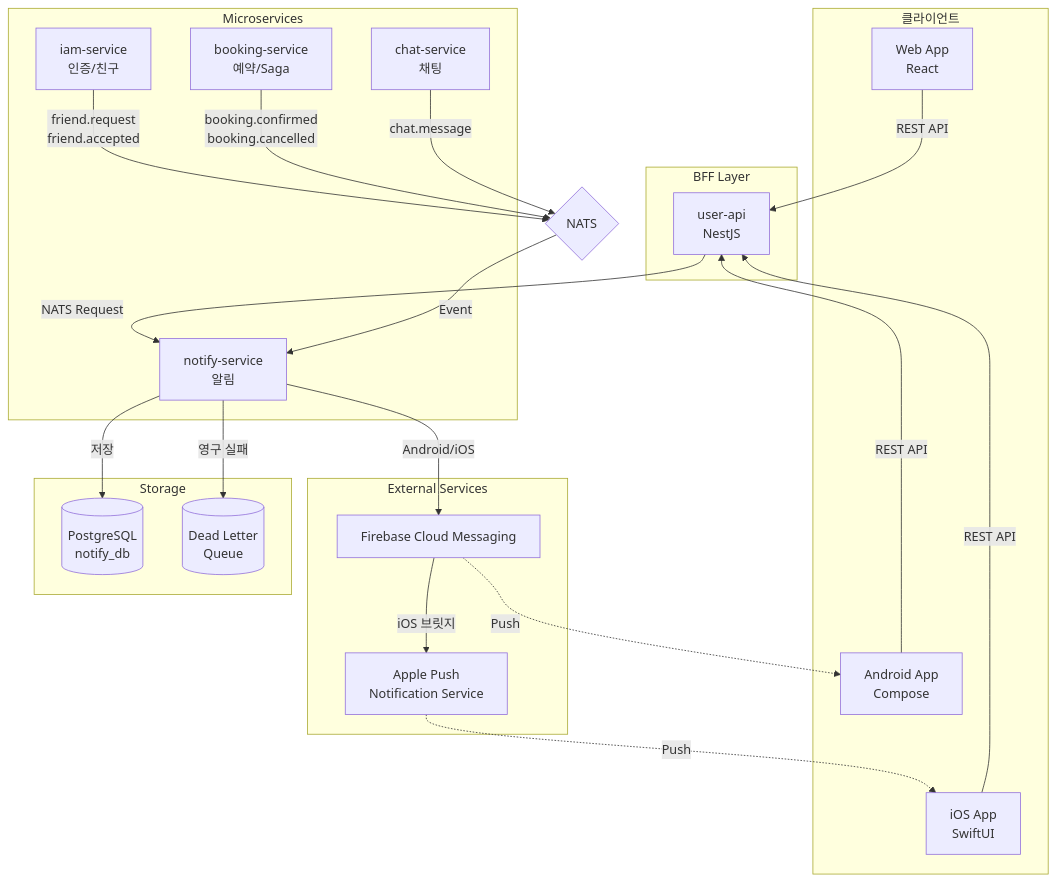
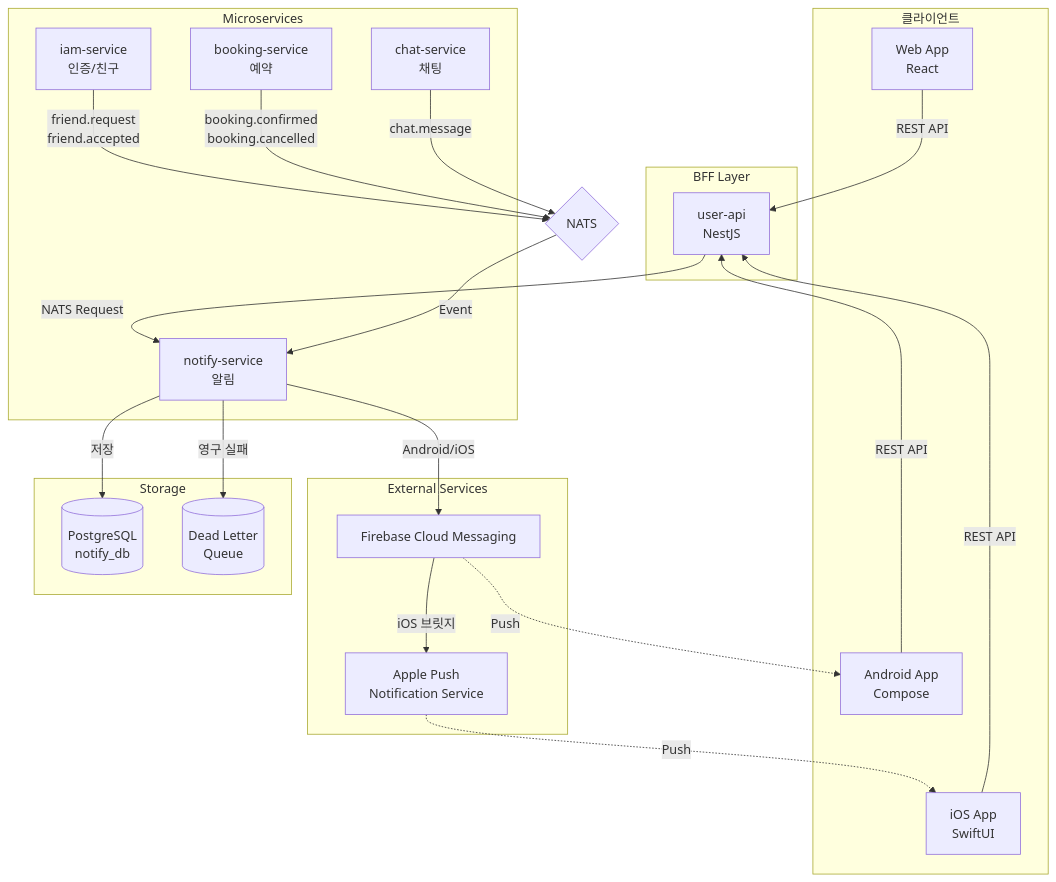
Before and after one commit to uniyous/parkgolf-platform: the second of 33 diagrams in docs/workflow/NOTIFICATION.md, drawn with Mermaid. The commit also changed other lines of this file and 9 other files, not shown here.

First line of the commit message:
docs: saga-service 독립 분리에 따른 아키텍처/워크플로우 문서 현행화

````diff
--- a/docs/workflow/NOTIFICATION.md
+++ b/docs/workflow/NOTIFICATION.md
@@ -61,46 +61,46 @@
 ```mermaid
 flowchart TB
     subgraph Clients["클라이언트"]
         WEB[Web App<br/>React]
         IOS[iOS App<br/>SwiftUI]
         AND[Android App<br/>Compose]
     end
 
     subgraph BFF["BFF Layer"]
         UAPI[user-api<br/>NestJS]
     end
 
     subgraph Services["Microservices"]
         IAM[iam-service<br/>인증/친구]
-        BOOK[booking-service<br/>예약/Saga]
+        BOOK[booking-service<br/>예약]
         CHAT[chat-service<br/>채팅]
         NOTIFY[notify-service<br/>알림]
     end
 
     subgraph External["External Services"]
         FCM[Firebase Cloud Messaging]
         APNS[Apple Push<br/>Notification Service]
     end
 
     subgraph Storage["Storage"]
         DB[(PostgreSQL<br/>notify_db)]
         DLQ[(Dead Letter<br/>Queue)]
     end
 
     WEB & IOS & AND -->|REST API| UAPI
     UAPI -->|NATS Request| NOTIFY
 
     IAM -->|friend.request<br/>friend.accepted| NATS
     BOOK -->|booking.confirmed<br/>booking.cancelled| NATS
     CHAT -->|chat.message| NATS
 
     NATS{NATS} -->|Event| NOTIFY
 
     NOTIFY -->|저장| DB
     NOTIFY -->|영구 실패| DLQ
     NOTIFY -->|Android/iOS| FCM
     FCM -->|iOS 브릿지| APNS
 
     FCM -.->|Push| AND
     APNS -.->|Push| IOS
 ```
````
